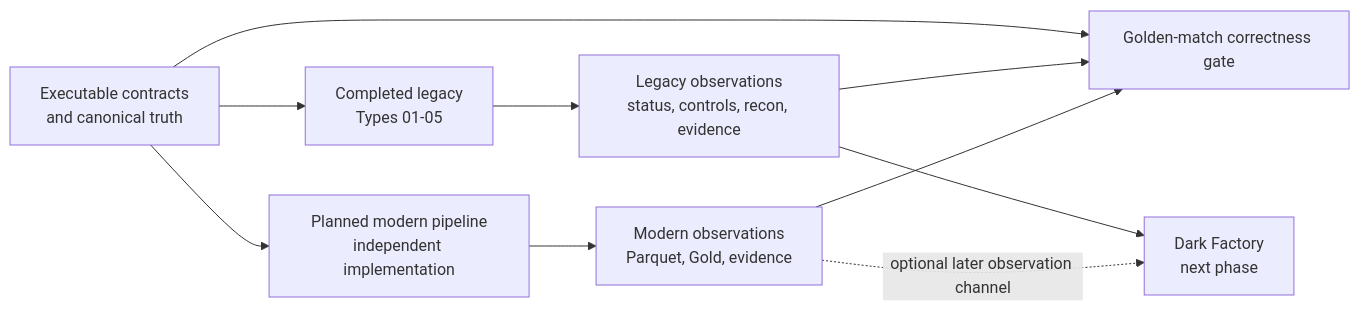
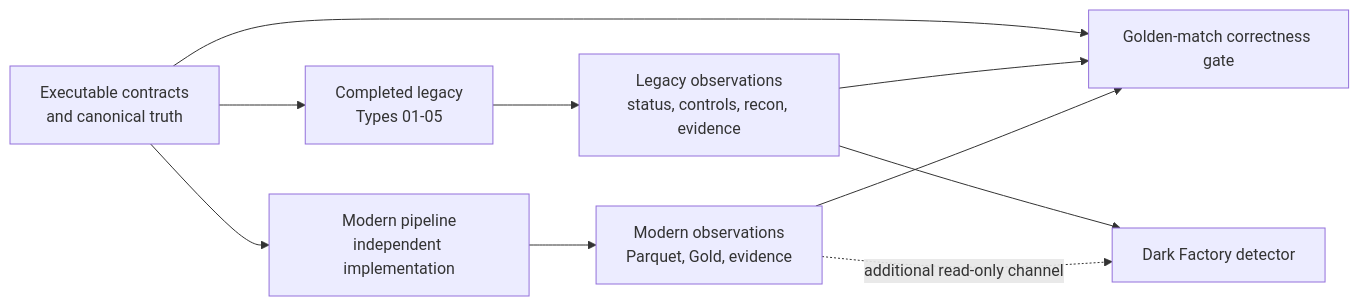
One commit to PedroZotelli/uc-northwind-pay-edp changed the first of 2 diagrams in plans/modern.md. Above: the diagram before and after it, drawn with Mermaid. The commit also changed other lines of this file and 10 other files, not shown here.

````diff
--- a/plans/modern.md
+++ b/plans/modern.md
@@ -26,12 +32,12 @@
 ```mermaid
 flowchart LR
     C["Executable contracts<br/>and canonical truth"] --> L["Completed legacy<br/>Types 01-05"]
-    C --> M["Planned modern pipeline<br/>independent implementation"]
+    C --> M["Modern pipeline<br/>independent implementation"]
     L --> LO["Legacy observations<br/>status, controls, recon, evidence"]
     M --> MO["Modern observations<br/>Parquet, Gold, evidence"]
     C --> GM["Golden-match correctness gate"]
     LO --> GM
     MO --> GM
-    LO --> DF["Dark Factory<br/>next phase"]
-    MO -. "optional later observation channel" .-> DF
+    LO --> DF["Dark Factory detector"]
+    MO -. "additional read-only channel" .-> DF
 ```
````
